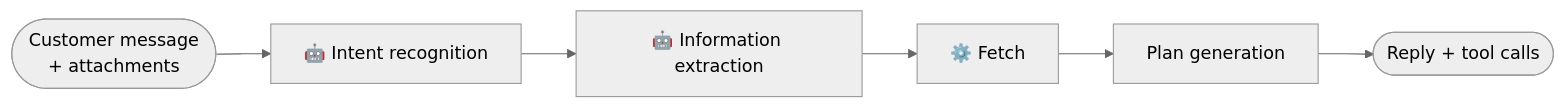
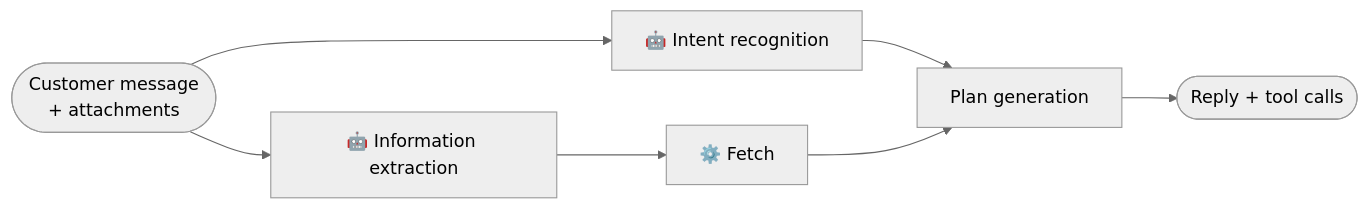
One commit to FridljDa/FridljDa.github.io changed the first of 4 diagrams in src/content/blog/first-level-support-automation.mdx. Above: the diagram before and after it, drawn with Mermaid (neutral theme). The commit also changed other lines of this file, not shown here.

Commit message:
fix: update flowchart to reflect parallel processing of intent recognition and information extraction

````diff
--- a/src/content/blog/first-level-support-automation.mdx
+++ b/src/content/blog/first-level-support-automation.mdx
@@ -18,9 +18,10 @@
 ```mermaid
 flowchart LR
     INPUT([Customer message<br/>+ attachments])
     INPUT --> S1[🤖 Intent recognition]
-    S1 --> S2[🤖 Information extraction]
+    INPUT --> S2[🤖 Information extraction]
     S2 --> S3[⚙️ Fetch]
+    S1 --> S4[Plan generation]
     S3 --> S4[Plan generation]
     S4 --> OUT([Reply + tool calls])
 ```
````
